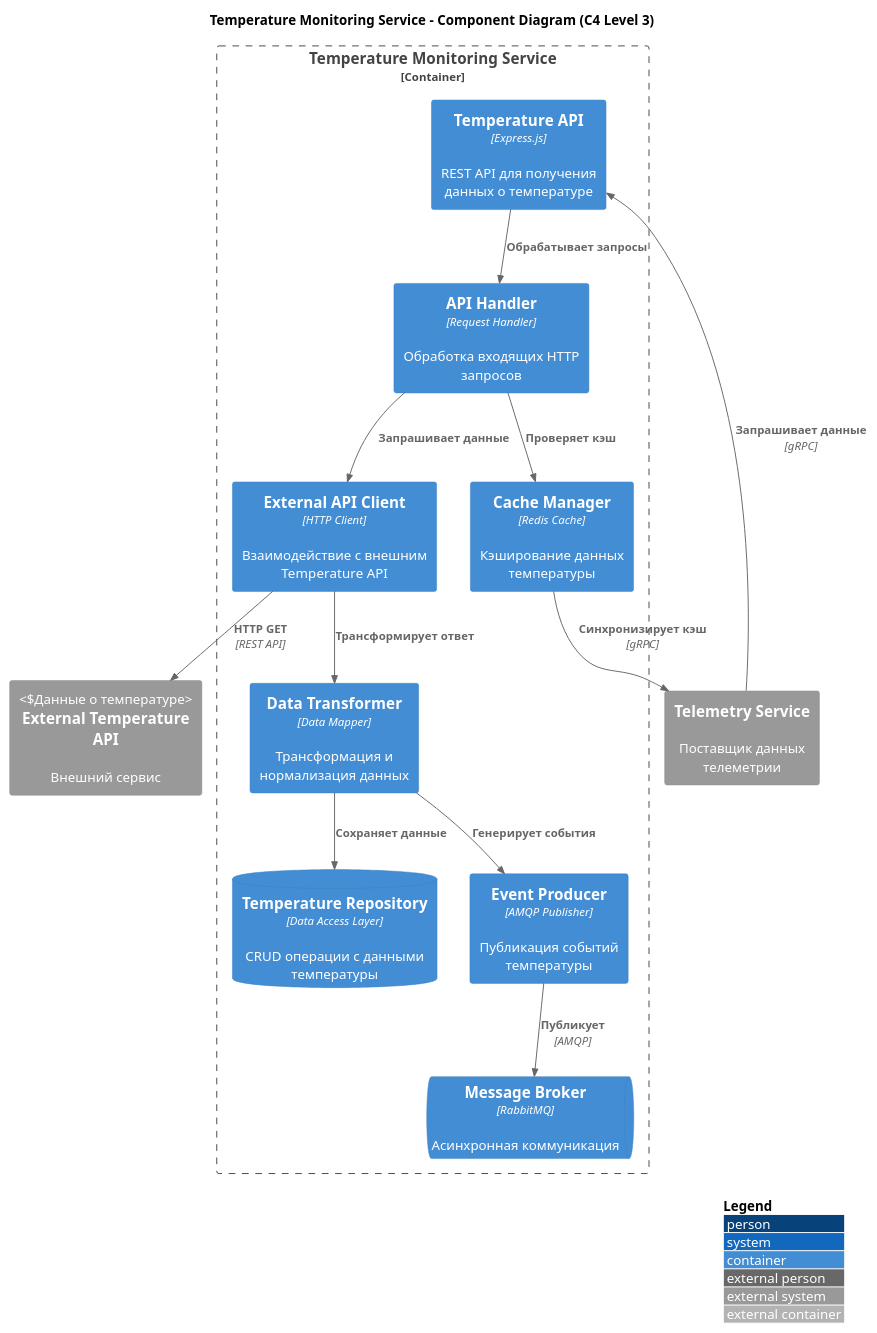
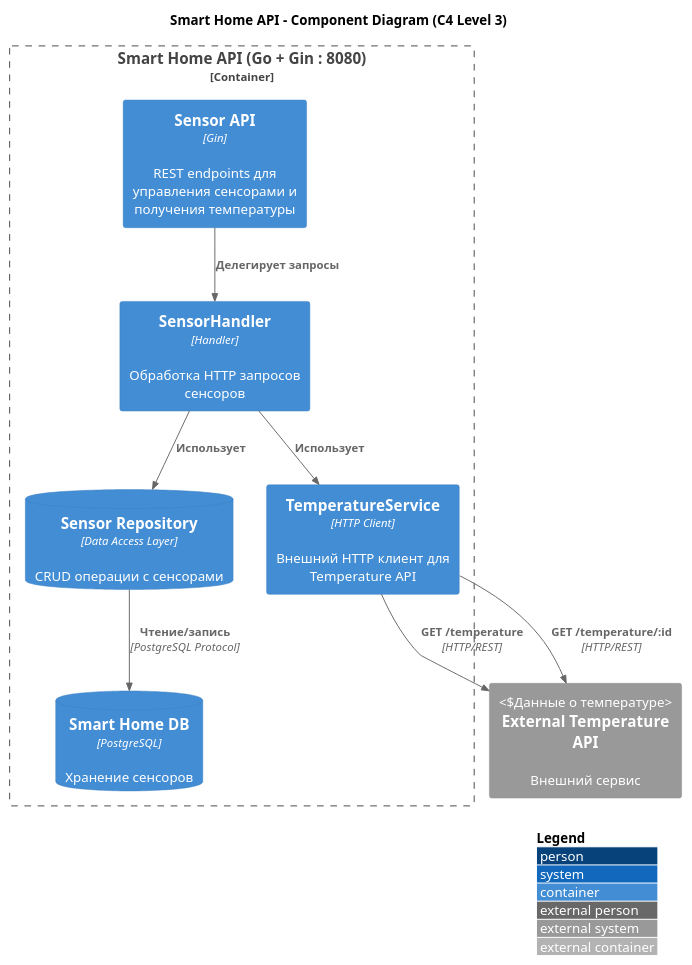
One commit to stebikhov/architecture-pro-warmhouse changed the diagram in docs/to-be/c4-component-temperature-monitoring.puml. Above: the diagram before and after it, drawn with PlantUML. The commit also changed 43 other files, not shown here.

Commit message:
Fix build and extends ER model

```diff
--- a/docs/to-be/c4-component-temperature-monitoring.puml
+++ b/docs/to-be/c4-component-temperature-monitoring.puml
@@ -1,37 +1,28 @@
 @startuml diagram
 !include https://raw.githubusercontent.com/plantuml-stdlib/C4-PlantUML/master/C4_Container.puml
 
 LAYOUT_WITH_LEGEND()
 
-title Temperature Monitoring Service - Component Diagram (C4 Level 3)
+title Smart Home API - Component Diagram (C4 Level 3)
 
-Container_Boundary(temp_monitoring, "Temperature Monitoring Service") {
-    Container(temp_api, "Temperature API", "Express.js", "REST API для получения данных о температуре")
+Container_Boundary(smart_home, "Smart Home API (Go + Gin : 8080)") {
+    Container(sensor_api, "Sensor API", "Gin", "REST endpoints для управления сенсорами и получения температуры")
     
-    Container(api_handler, "API Handler", "Request Handler", "Обработка входящих HTTP запросов")
-    Container(cache_manager, "Cache Manager", "Redis Cache", "Кэширование данных температуры")
-    Container(external_api_client, "External API Client", "HTTP Client", "Взаимодействие с внешним Temperature API")
-    Container(data_transformer, "Data Transformer", "Data Mapper", "Трансформация и нормализация данных")
+    Container(sensor_handler, "SensorHandler", "Handler", "Обработка HTTP запросов сенсоров")
+    Container(temperature_service, "TemperatureService", "HTTP Client", "Внешний HTTP клиент для Temperature API")
+    ContainerDb(sensor_repo, "Sensor Repository", "Data Access Layer", "CRUD операции с сенсорами")
     
-    ContainerDb(temp_repo, "Temperature Repository", "Data Access Layer", "CRUD операции с данными температуры")
-    Container(event_producer, "Event Producer", "AMQP Publisher", "Публикация событий температуры")
-    
-    ContainerQueue(message_broker, "Message Broker", "RabbitMQ", "Асинхронная коммуникация")
+    ContainerDb(sensor_db, "Smart Home DB", "PostgreSQL", "Хранение сенсоров")
 }
 
 System_Ext(external_temp_api, "External Temperature API", "Внешний сервис", "Данные о температуре")
-System_Ext(telemetry_svc, "Telemetry Service", "Поставщик данных телеметрии")
 
-Rel(temp_api, api_handler, "Обрабатывает запросы")
-Rel(api_handler, cache_manager, "Проверяет кэш")
-Rel(api_handler, external_api_client, "Запрашивает данные")
-Rel(external_api_client, external_temp_api, "HTTP GET", "REST API")
-Rel(external_api_client, data_transformer, "Трансформирует ответ")
-Rel(data_transformer, temp_repo, "Сохраняет данные")
-Rel(data_transformer, event_producer, "Генерирует события")
-Rel(event_producer, message_broker, "Публикует", "AMQP")
+Rel(sensor_api, sensor_handler, "Делегирует запросы")
+Rel(sensor_handler, temperature_service, "Использует")
+Rel(sensor_handler, sensor_repo, "Использует")
+Rel(sensor_repo, sensor_db, "Чтение/запись", "PostgreSQL Protocol")
 
-Rel(telemetry_svc, temp_api, "Запрашивает данные", "gRPC")
-Rel(cache_manager, telemetry_svc, "Синхронизирует кэш", "gRPC")
+Rel(temperature_service, external_temp_api, "GET /temperature", "HTTP/REST")
+Rel(temperature_service, external_temp_api, "GET /temperature/:id", "HTTP/REST")
 
 @enduml
```
